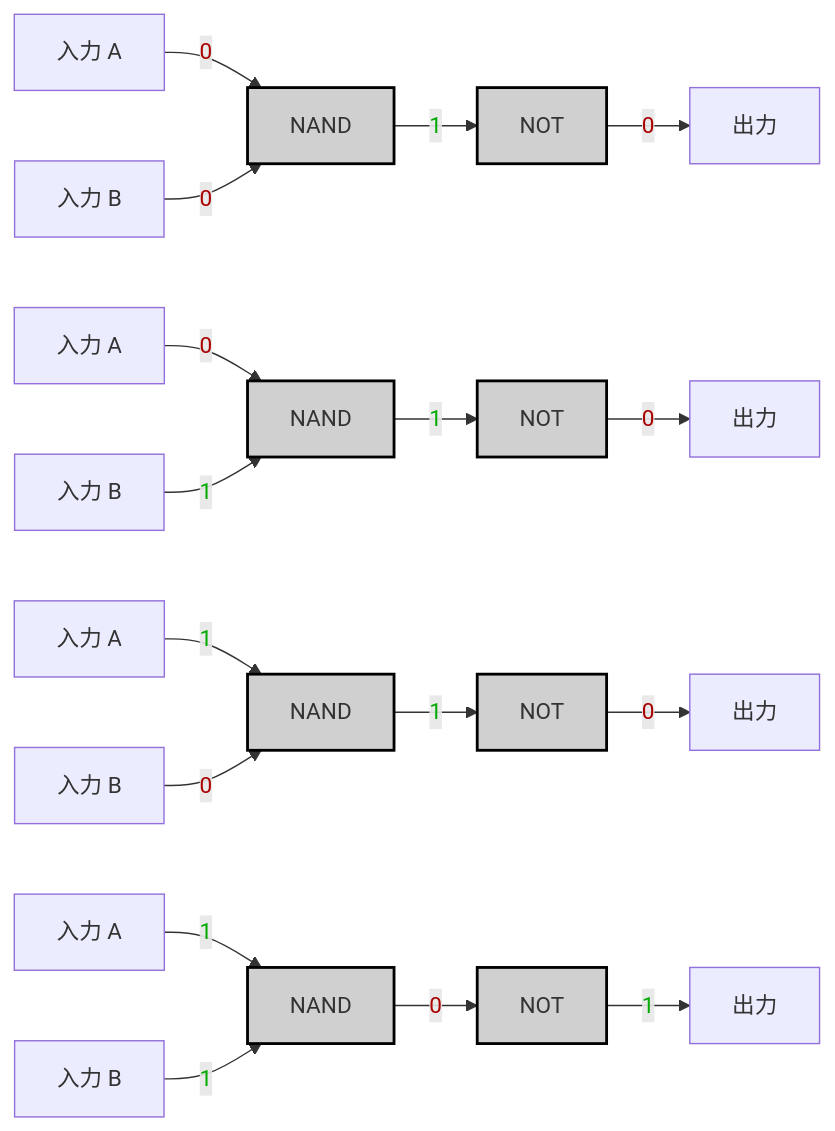
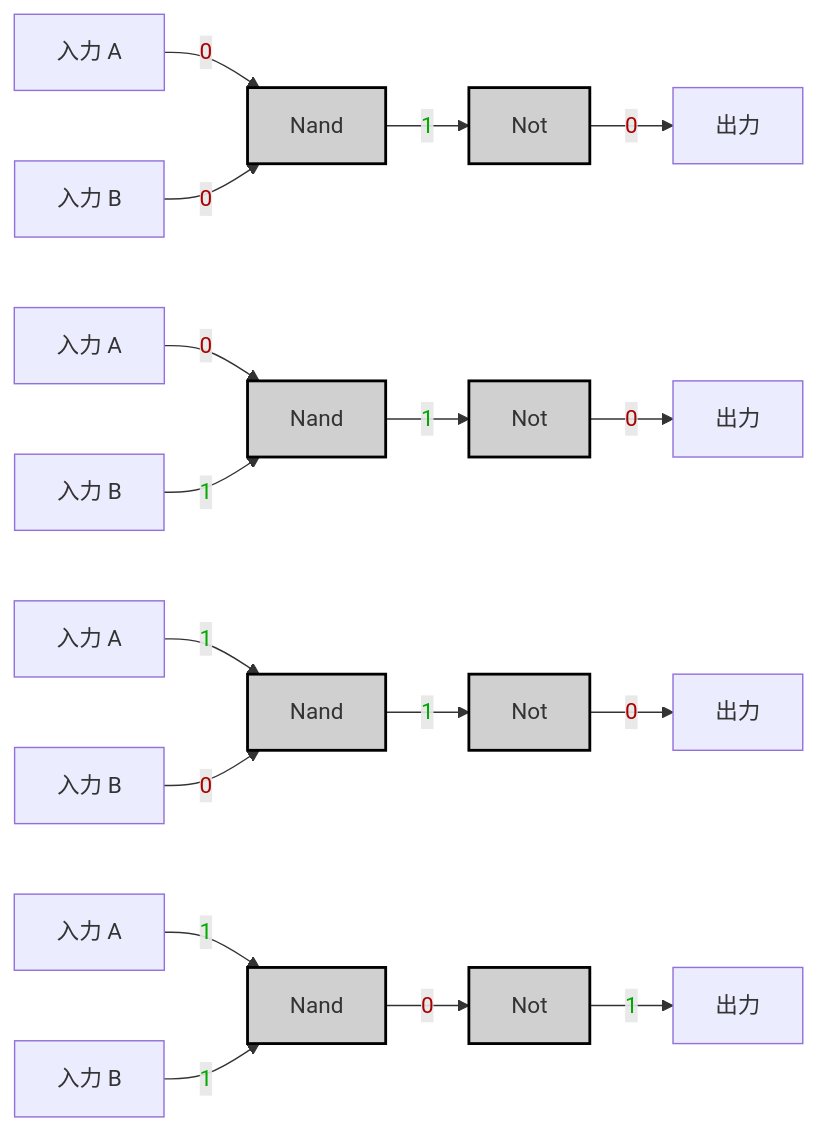
One commit to MeJamoLeo/Vault_Templates changed the second of 2 diagrams in 99_Projects/Nand2Tetris/HackHDL/02_AND.md. Above: the diagram before and after it, drawn with Mermaid. The commit also changed other lines of this file and 4 other files, not shown here.

````diff
--- a/99_Projects/Nand2Tetris/HackHDL/02_AND.md
+++ b/99_Projects/Nand2Tetris/HackHDL/02_AND.md
@@ -63,24 +62,24 @@
 ```mermaid
 graph LR;
-    A["入力 A"] -->|<span style="color:#a00">0</span>| NAND0;
-    B["入力 B"] -->|<span style="color:#a00">0</span>| NAND0;
-    NAND0["NAND"]:::gate -->|<span style="color:#0a0">1</span>| NOT0["NOT"]:::gate;
-    NOT0 -->|<span style="color:#a00">0</span>| OUT0["出力"];
+    A["入力 A"] -->|<span style="color:#a00">0</span>| Nand0;
+    B["入力 B"] -->|<span style="color:#a00">0</span>| Nand0;
+    Nand0["Nand"]:::gate -->|<span style="color:#0a0">1</span>| Not0["Not"]:::gate;
+    Not0 -->|<span style="color:#a00">0</span>| OUT0["出力"];
 
-    A1["入力 A"] -->|<span style="color:#a00">0</span>| NAND1;
-    B1["入力 B"] -->|<span style="color:#0a0">1</span>| NAND1;
-    NAND1["NAND"]:::gate -->|<span style="color:#0a0">1</span>| NOT1["NOT"]:::gate;
-    NOT1 -->|<span style="color:#a00">0</span>| OUT1["出力"];
+    A1["入力 A"] -->|<span style="color:#a00">0</span>| Nand1;
+    B1["入力 B"] -->|<span style="color:#0a0">1</span>| Nand1;
+    Nand1["Nand"]:::gate -->|<span style="color:#0a0">1</span>| Not1["Not"]:::gate;
+    Not1 -->|<span style="color:#a00">0</span>| OUT1["出力"];
 
-    A2["入力 A"] -->|<span style="color:#0a0">1</span>| NAND2;
-    B2["入力 B"] -->|<span style="color:#a00">0</span>| NAND2;
-    NAND2["NAND"]:::gate -->|<span style="color:#0a0">1</span>| NOT2["NOT"]:::gate;
-    NOT2 -->|<span style="color:#a00">0</span>| OUT2["出力"];
+    A2["入力 A"] -->|<span style="color:#0a0">1</span>| Nand2;
+    B2["入力 B"] -->|<span style="color:#a00">0</span>| Nand2;
+    Nand2["Nand"]:::gate -->|<span style="color:#0a0">1</span>| Not2["Not"]:::gate;
+    Not2 -->|<span style="color:#a00">0</span>| OUT2["出力"];
 
-    A3["入力 A"] -->|<span style="color:#0a0">1</span>| NAND3;
-    B3["入力 B"] -->|<span style="color:#0a0">1</span>| NAND3;
-    NAND3["NAND"]:::gate -->|<span style="color:#a00">0</span>| NOT3["NOT"]:::gate;
-    NOT3 -->|<span style="color:#0a0">1</span>| OUT3["出力"];
+    A3["入力 A"] -->|<span style="color:#0a0">1</span>| Nand3;
+    B3["入力 B"] -->|<span style="color:#0a0">1</span>| Nand3;
+    Nand3["Nand"]:::gate -->|<span style="color:#a00">0</span>| Not3["Not"]:::gate;
+    Not3 -->|<span style="color:#0a0">1</span>| OUT3["出力"];
 
     classDef gate fill:#d0d0d0,stroke:#000,stroke-width:2px;
 ```
````
